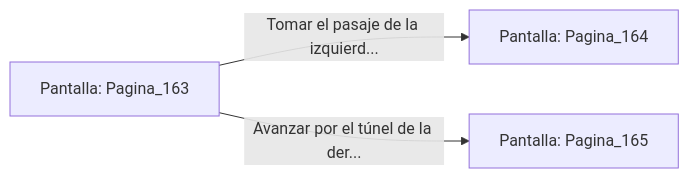
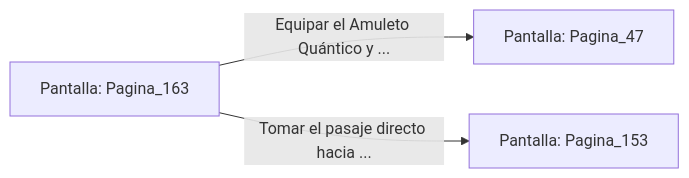
The diagram in sample/eligejuego-vault/Pantalla_Pagina_163.md (metsuke/mpl), drawn with Mermaid before and after one commit. The commit also changed other lines of this file and 635 other files, not shown here.

First line of the commit message:
fix: añadir Pagina_1 como pantalla inicial en capitulo_01.mpl

````diff
--- a/sample/eligejuego-vault/Pantalla_Pagina_163.md
+++ b/sample/eligejuego-vault/Pantalla_Pagina_163.md
@@ -20,6 +24,6 @@
 ```mermaid
 graph LR
     P_Pagina_163["Pantalla: Pagina_163"]
-    P_Pagina_163 -->|"Tomar el pasaje de la izquierd..."| P_Pagina_164["Pantalla: Pagina_164"]
-    P_Pagina_163 -->|"Avanzar por el túnel de la der..."| P_Pagina_165["Pantalla: Pagina_165"]
+    P_Pagina_163 -->|"Equipar el Amuleto Quántico y ..."| P_Pagina_47["Pantalla: Pagina_47"]
+    P_Pagina_163 -->|"Tomar el pasaje directo hacia ..."| P_Pagina_153["Pantalla: Pagina_153"]
 ```
````
